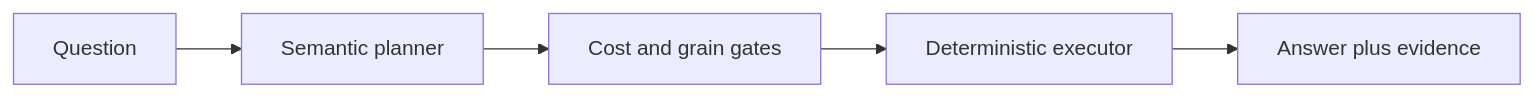
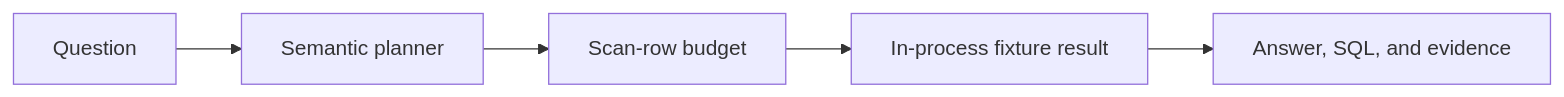
Before and after one commit to MadanMohan0537/metricpact: the diagram in README.md, drawn with Mermaid. The commit also changed other lines of this file, not shown here.

````diff
--- a/README.md
+++ b/README.md
@@ -57,7 +22,7 @@
 ```mermaid
 flowchart LR
   A[Question] --> B[Semantic planner]
-  B --> C[Cost and grain gates]
-  C --> D[Deterministic executor]
-  D --> E[Answer plus evidence]
+  B --> C[Scan-row budget]
+  C --> D[In-process fixture result]
+  D --> E[Answer, SQL, and evidence]
 ```
````
